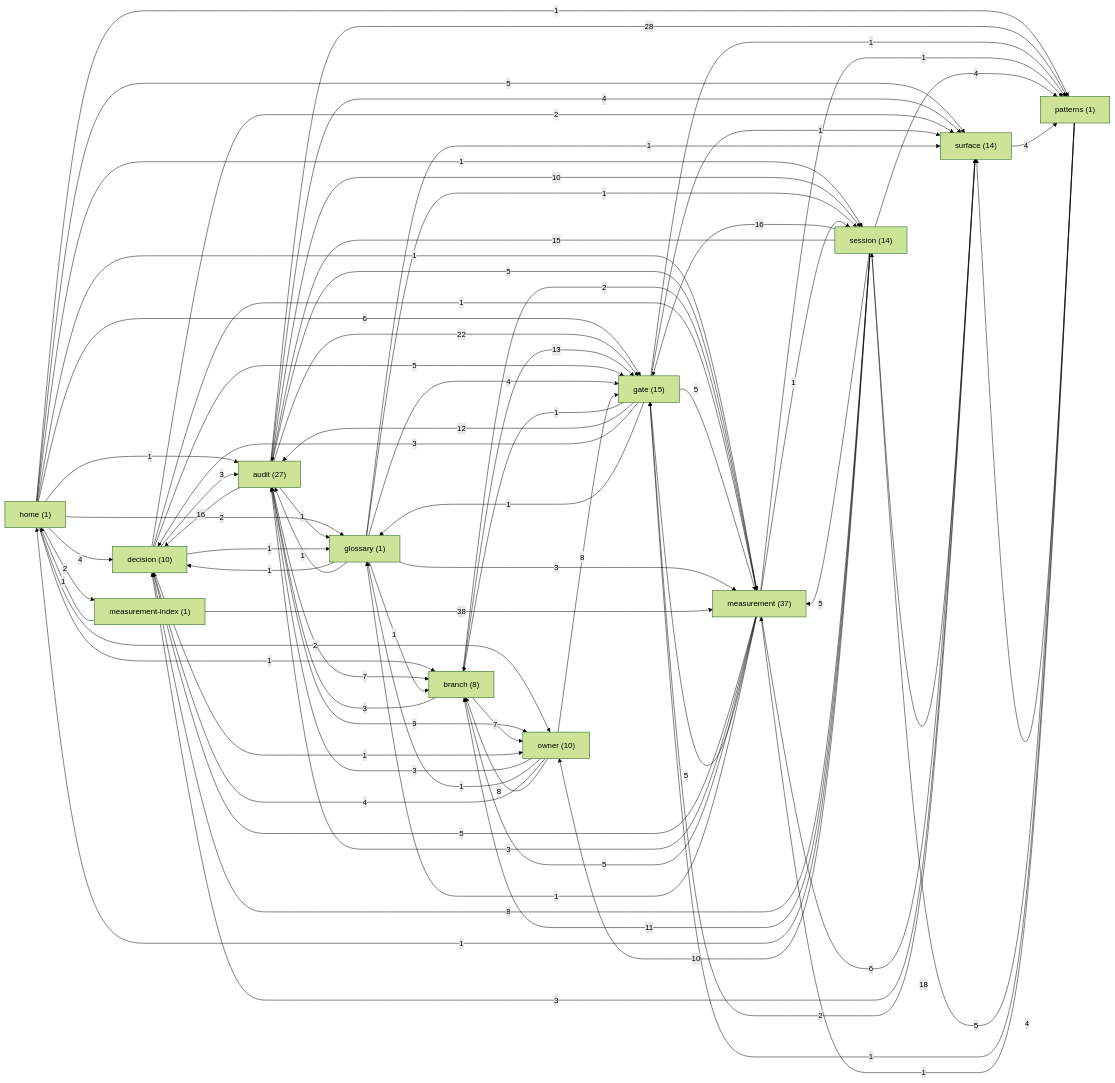
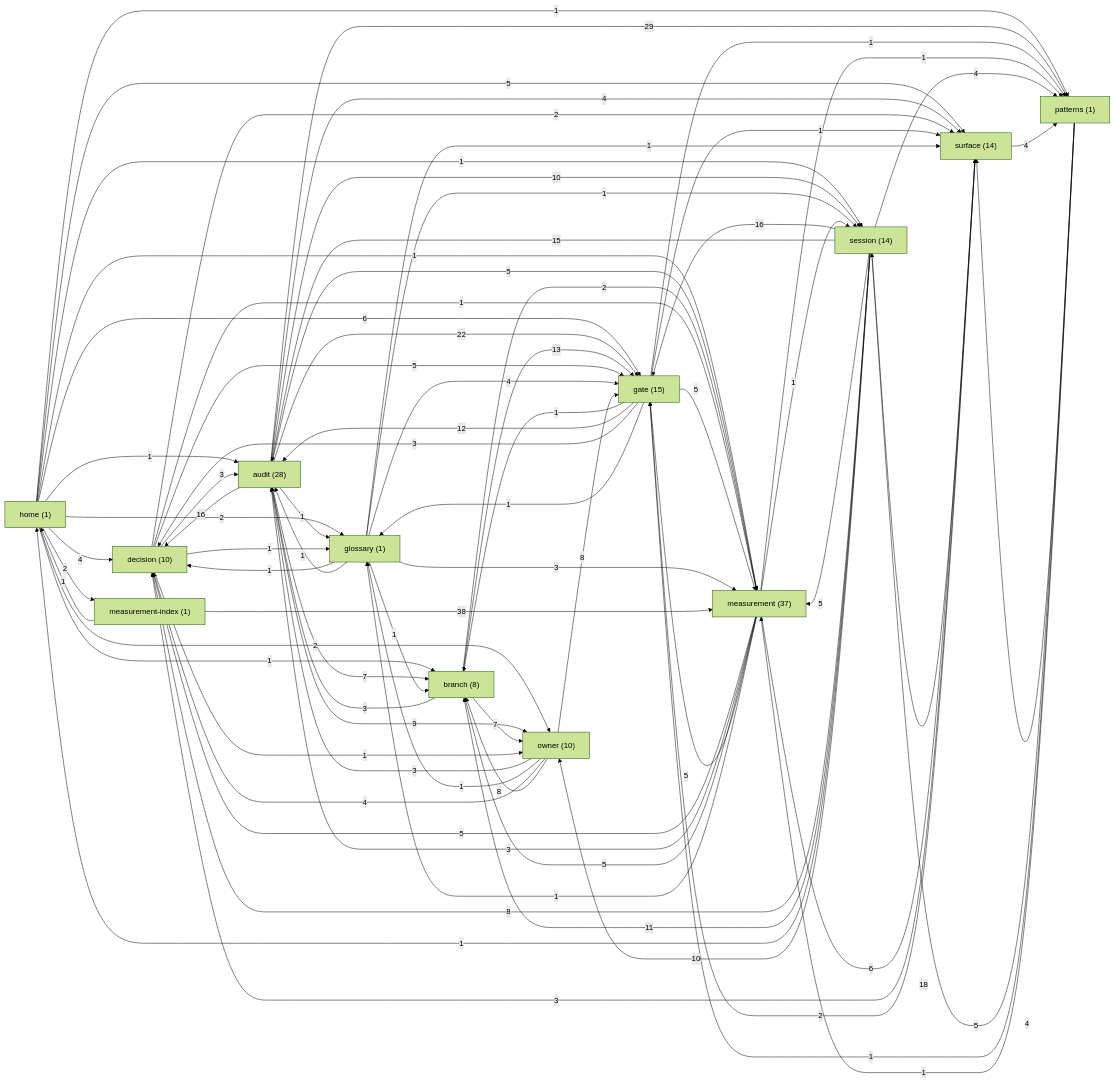
One commit to sergey9519546/STORYMACHINE changed the diagram in docs/brain/GRAPH.md. Above: the diagram before and after it, drawn with Mermaid (forest theme). The commit also changed other lines of this file and 1 other file, not shown here.

Commit message:
docs(brain): regenerate graph for cast-grounding audit note
Claude-Session: https://claude.ai/code/session_018Z5iZ1M9Z1KR3tDYhxUKGd

````diff
--- a/docs/brain/GRAPH.md
+++ b/docs/brain/GRAPH.md
@@ -9,7 +9,7 @@
 ```mermaid
 graph LR
   home["home (1)"]
-  audit["audit (27)"]
+  audit["audit (28)"]
   branch["branch (8)"]
   decision["decision (10)"]
   gate["gate (15)"]
@@ -36,7 +36,7 @@
   audit -->|7| branch
   audit -->|22| gate
   audit -->|16| decision
-  audit -->|28| patterns
+  audit -->|29| patterns
   audit -->|9| owner
   audit -->|4| surface
   audit -->|5| measurement
````
